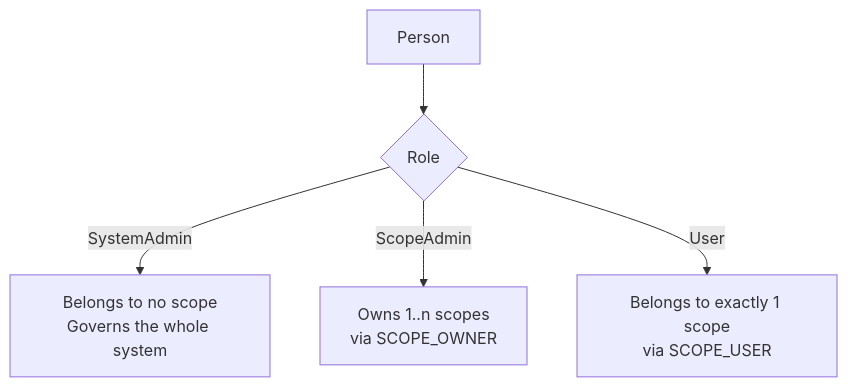
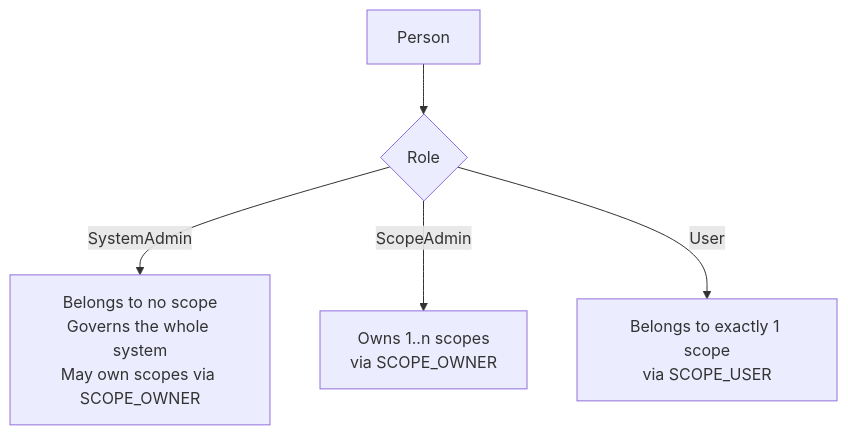
Before and after one commit to artur-rios/heimdall-api: the first of 2 diagrams in docs/content/en/docs/overview.md, drawn with Mermaid. The commit also changed other lines of this file and 30 other files, not shown here.

First line of the commit message:
fix: let a system admin own a scope

````diff
--- a/docs/content/en/docs/overview.md
+++ b/docs/content/en/docs/overview.md
@@ -34,7 +34,7 @@
 ```mermaid
 flowchart TD
     P[Person] --> R{Role}
-    R -->|SystemAdmin| S1["Belongs to no scope<br/>Governs the whole system"]
+    R -->|SystemAdmin| S1["Belongs to no scope<br/>Governs the whole system<br/>May own scopes via SCOPE_OWNER"]
     R -->|ScopeAdmin| S2["Owns 1..n scopes<br/>via SCOPE_OWNER"]
     R -->|User| S3["Belongs to exactly 1 scope<br/>via SCOPE_USER"]
 ```
````
